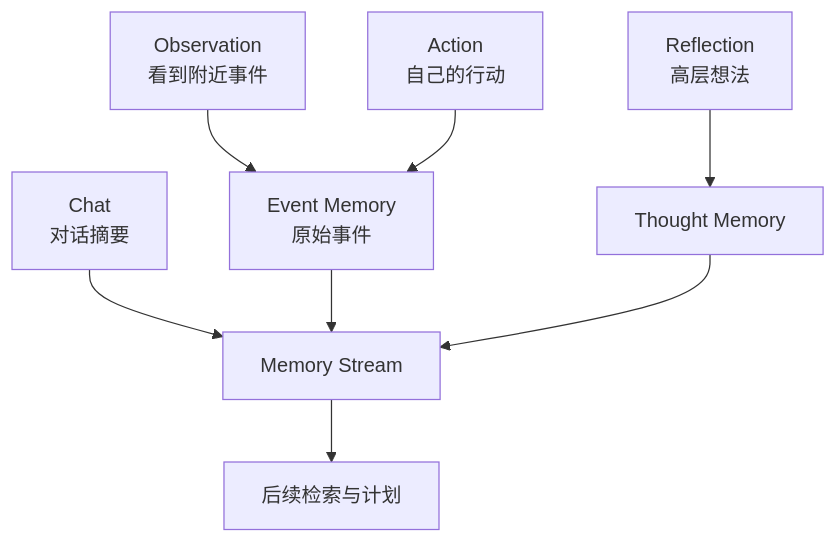
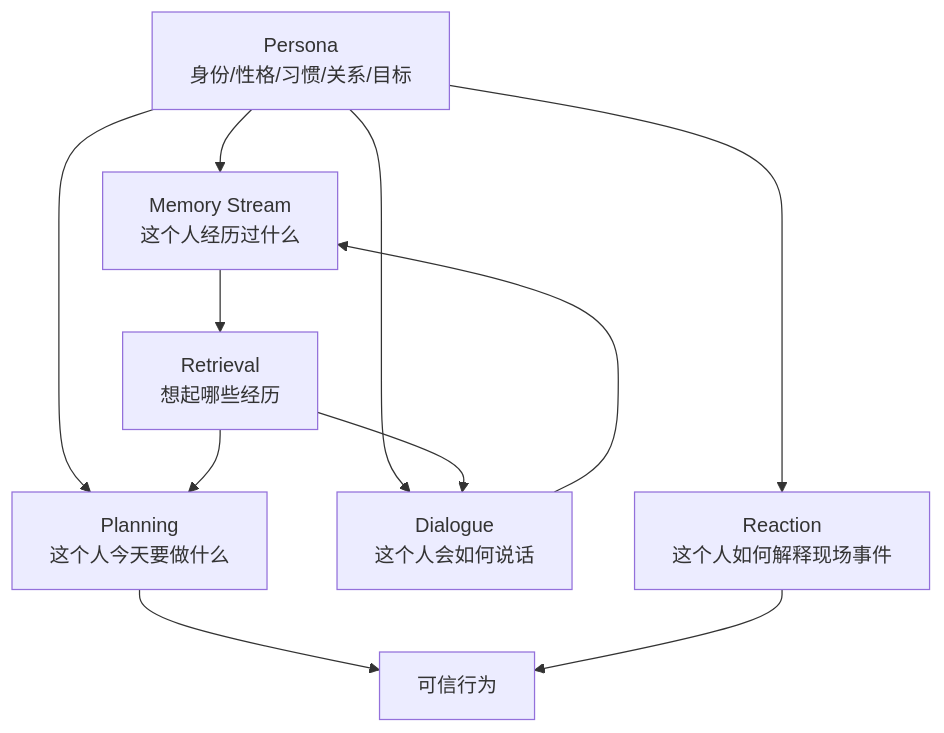
Before and after one commit to tbkken/GenerativeAgentsCN: the first of 3 diagrams in docs/book/manuscript/part_01/chapter_04.md, drawn with Mermaid. The commit also changed other lines of this file and 60 other files, not shown here.

````diff
--- a/docs/book/manuscript/part_01/chapter_04.md
+++ b/docs/book/manuscript/part_01/chapter_04.md
@@ -90,10 +31,14 @@
 ```mermaid
 flowchart TD
-    O[Observation<br/>看到附近事件] --> E[Event Memory<br/>原始事件]
-    A[Action<br/>自己的行动] --> E
-    C[Chat<br/>对话摘要] --> M[Memory Stream]
-    E --> M
-    R[Reflection<br/>高层想法] --> T[Thought Memory]
-    T --> M
-    M --> Q[后续检索与计划]
+    Persona["Persona<br/>身份/性格/习惯/关系/目标"] --> Memory["Memory Stream<br/>这个人经历过什么"]
+    Persona --> Planning["Planning<br/>这个人今天要做什么"]
+    Persona --> Dialogue["Dialogue<br/>这个人会如何说话"]
+    Persona --> Reaction["Reaction<br/>这个人如何解释现场事件"]
+
+    Memory --> Retrieval["Retrieval<br/>想起哪些经历"]
+    Retrieval --> Planning
+    Retrieval --> Dialogue
+    Planning --> Action["可信行为"]
+    Dialogue --> Memory
+    Reaction --> Action
 ```
````
